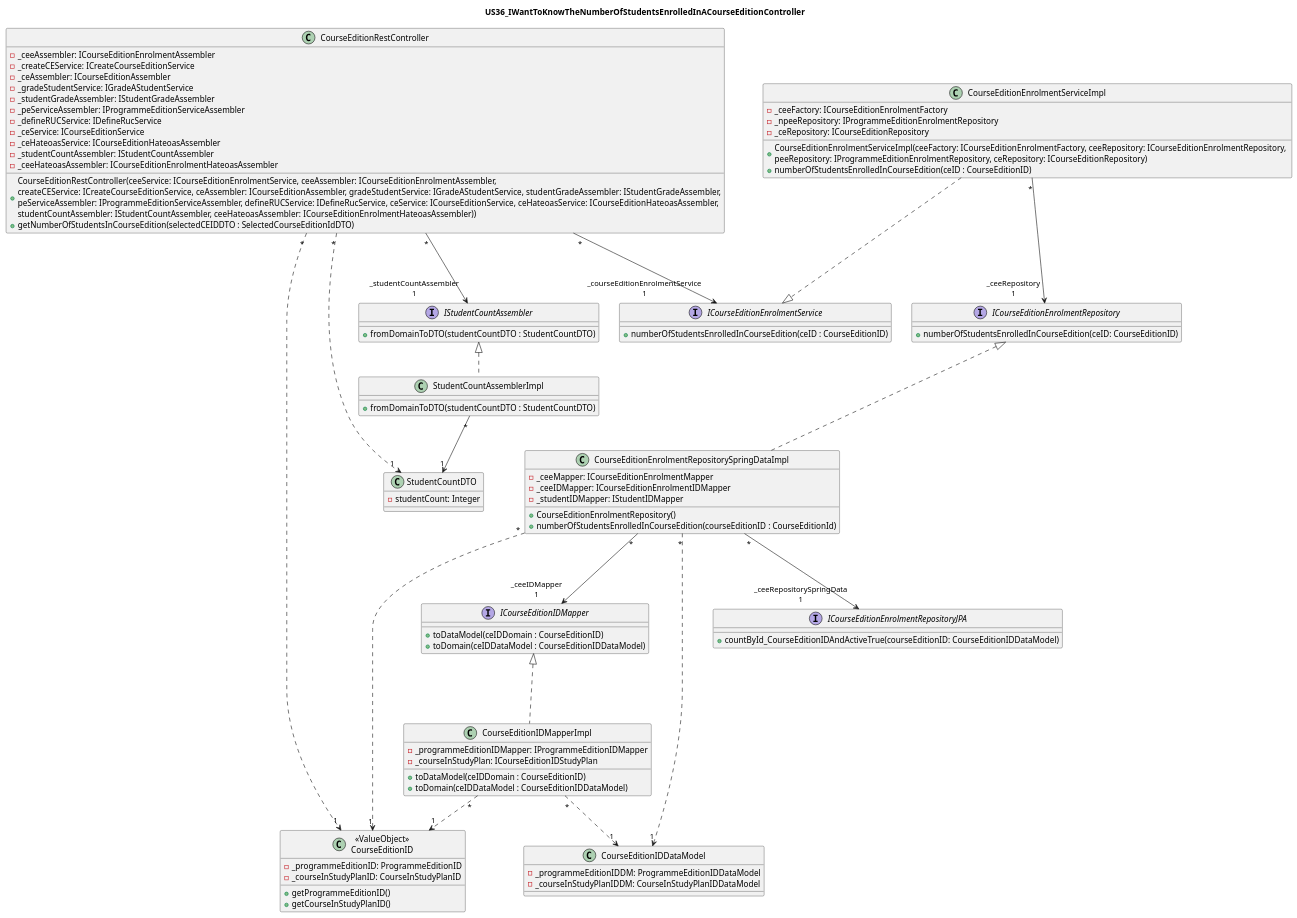
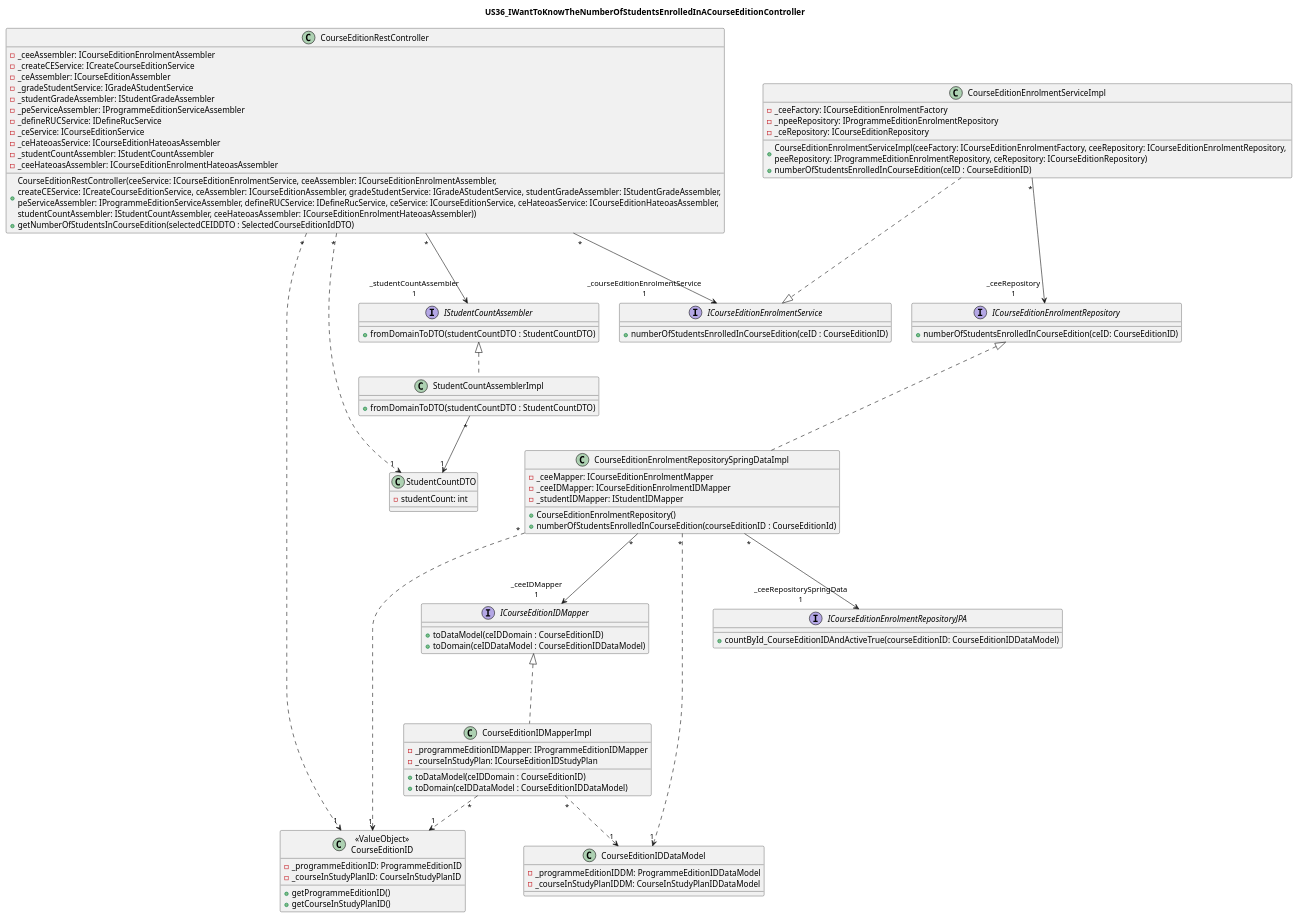
One commit to GasparISEP/DevOps-PAI changed the diagram in docs/US36/Sprint7_US24_IWantToKnowTheNumberOfStudentsEnrolledInCourseEdition_ClassDiagram.puml. Above: the diagram before and after it, drawn with PlantUML. The commit also changed 9 other files, not shown here.

Commit message:
Refs #652, #658: Refactored all US36 diagrams visual aspect

```diff
--- a/docs/US36/Sprint7_US24_IWantToKnowTheNumberOfStudentsEnrolledInCourseEdition_ClassDiagram.puml
+++ b/docs/US36/Sprint7_US24_IWantToKnowTheNumberOfStudentsEnrolledInCourseEdition_ClassDiagram.puml
@@ -1,110 +1,110 @@
 @startuml
 
 title US36_IWantToKnowTheNumberOfStudentsEnrolledInACourseEditionController
 
 class CourseEditionRestController {
     -_ceeAssembler: ICourseEditionEnrolmentAssembler
     -_createCEService: ICreateCourseEditionService
     -_ceAssembler: ICourseEditionAssembler
     -_gradeStudentService: IGradeAStudentService
     -_studentGradeAssembler: IStudentGradeAssembler
     -_peServiceAssembler: IProgrammeEditionServiceAssembler
     -_defineRUCService: IDefineRucService
     -_ceService: ICourseEditionService
     -_ceHateoasService: ICourseEditionHateoasAssembler
     -_studentCountAssembler: IStudentCountAssembler
     -_ceeHateoasAssembler: ICourseEditionEnrolmentHateoasAssembler
     +CourseEditionRestController(ceeService: ICourseEditionEnrolmentService, ceeAssembler: ICourseEditionEnrolmentAssembler,\ncreateCEService: ICreateCourseEditionService, ceAssembler: ICourseEditionAssembler, gradeStudentService: IGradeAStudentService, studentGradeAssembler: IStudentGradeAssembler,\npeServiceAssembler: IProgrammeEditionServiceAssembler, defineRUCService: IDefineRucService, ceService: ICourseEditionService, ceHateoasService: ICourseEditionHateoasAssembler,\nstudentCountAssembler: IStudentCountAssembler, ceeHateoasAssembler: ICourseEditionEnrolmentHateoasAssembler))
     +getNumberOfStudentsInCourseEdition(selectedCEIDDTO : SelectedCourseEditionIdDTO)
 }
 
 interface ICourseEditionEnrolmentService {
     +numberOfStudentsEnrolledInCourseEdition(ceID : CourseEditionID)
 }
 
 class CourseEditionEnrolmentServiceImpl {
     -_ceeFactory: ICourseEditionEnrolmentFactory
     -_npeeRepository: IProgrammeEditionEnrolmentRepository
     -_ceRepository: ICourseEditionRepository
     +CourseEditionEnrolmentServiceImpl(ceeFactory: ICourseEditionEnrolmentFactory, ceeRepository: ICourseEditionEnrolmentRepository, \npeeRepository: IProgrammeEditionEnrolmentRepository, ceRepository: ICourseEditionRepository)
     +numberOfStudentsEnrolledInCourseEdition(ceID : CourseEditionID)
 }
 
 interface ICourseEditionEnrolmentRepository {
     + numberOfStudentsEnrolledInCourseEdition(ceID: CourseEditionID)
 }
 
 class CourseEditionEnrolmentRepositorySpringDataImpl{
     -_ceeMapper: ICourseEditionEnrolmentMapper
     -_ceeIDMapper: ICourseEditionEnrolmentIDMapper
     -_studentIDMapper: IStudentIDMapper
     +CourseEditionEnrolmentRepository()
     +numberOfStudentsEnrolledInCourseEdition(courseEditionID : CourseEditionId)
 }
 
 interface "ICourseEditionEnrolmentRepositoryJPA" {
      + countById_CourseEditionIDAndActiveTrue(courseEditionID: CourseEditionIDDataModel)
 }
 
 interface ICourseEditionIDMapper {
     + toDataModel(ceIDDomain : CourseEditionID)
     + toDomain(ceIDDataModel : CourseEditionIDDataModel)
 }
 
 class CourseEditionIDMapperImpl {
     -_programmeEditionIDMapper: IProgrammeEditionIDMapper
     -_courseInStudyPlan: ICourseEditionIDStudyPlan
     + toDataModel(ceIDDomain : CourseEditionID)
     + toDomain(ceIDDataModel : CourseEditionIDDataModel)
 }
 
 class "<<ValueObject>>\nCourseEditionID" as CourseEditionID {
     -_programmeEditionID: ProgrammeEditionID
     -_courseInStudyPlanID: CourseInStudyPlanID
     +getProgrammeEditionID()
     +getCourseInStudyPlanID()
 }
 
 class CourseEditionIDDataModel {
     -_programmeEditionIDDM: ProgrammeEditionIDDataModel
     -_courseInStudyPlanIDDM: CourseInStudyPlanIDDataModel
 }
 
 interface IStudentCountAssembler {
     + fromDomainToDTO(studentCountDTO : StudentCountDTO)
 }
 
 class StudentCountAssemblerImpl {
     + fromDomainToDTO(studentCountDTO : StudentCountDTO)
 }
 
 class StudentCountDTO {
-    - studentCount: Integer
+    - studentCount: int
 }
 
 
 CourseEditionRestController "*" ---> "_courseEditionEnrolmentService\n1" ICourseEditionEnrolmentService
 CourseEditionRestController "*" ---> "_studentCountAssembler\n1" IStudentCountAssembler
 CourseEditionRestController "*" ..> "1" CourseEditionID
 CourseEditionRestController "*" ..> "1" StudentCountDTO
 
 
 StudentCountAssemblerImpl -u.|> IStudentCountAssembler
 StudentCountAssemblerImpl "*" --> "1" StudentCountDTO
 
 CourseEditionEnrolmentServiceImpl ...|> ICourseEditionEnrolmentService
 CourseEditionEnrolmentServiceImpl "*" ---> "_ceeRepository\n1" ICourseEditionEnrolmentRepository
 
 CourseEditionEnrolmentRepositorySpringDataImpl .u..|> ICourseEditionEnrolmentRepository
 CourseEditionEnrolmentRepositorySpringDataImpl "*" ---> "_ceeRepositorySpringData\n1" ICourseEditionEnrolmentRepositoryJPA
 CourseEditionEnrolmentRepositorySpringDataImpl "*" ---> "_ceeIDMapper\n1" ICourseEditionIDMapper
 
 ICourseEditionIDMapper <|... CourseEditionIDMapperImpl
 
 CourseEditionIDMapperImpl "*" ..> "1" CourseEditionID
 CourseEditionIDMapperImpl "*" ..> "1" CourseEditionIDDataModel
 
 CourseEditionEnrolmentRepositorySpringDataImpl "*" ..> "1" CourseEditionID
 CourseEditionEnrolmentRepositorySpringDataImpl "*" ..> "1" CourseEditionIDDataModel
 
 @enduml
```
